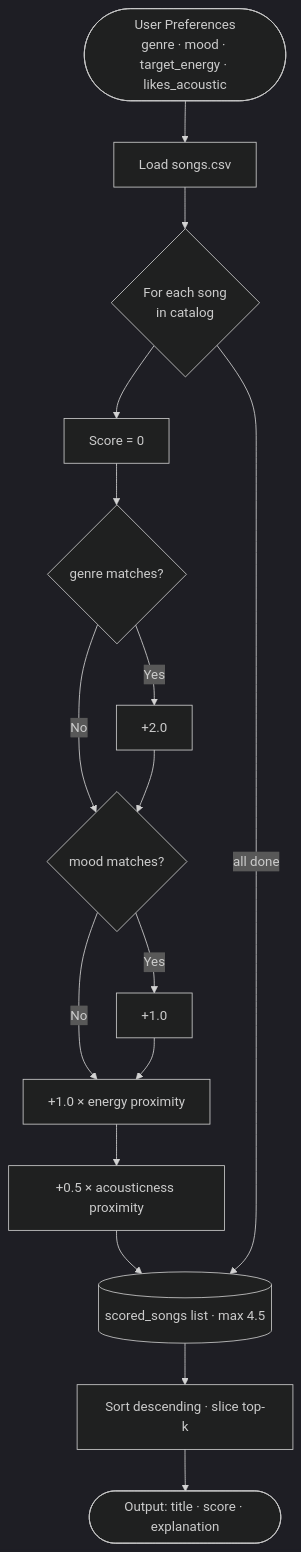
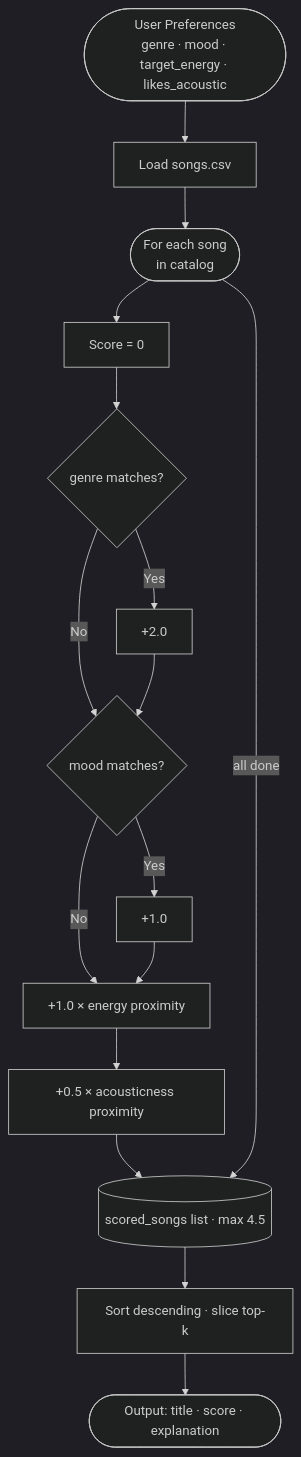
One commit to avnigirish/applied-ai-system-project changed the second of 2 diagrams in README.md. Above: the diagram before and after it, drawn with Mermaid (dark theme). The commit also changed other lines of this file and 10 other files, not shown here.

````diff
--- a/README.md
+++ b/README.md
@@ -90,19 +133,21 @@
 ```mermaid
 flowchart TD
-    A([User Preferences\ngenre · mood · target_energy · likes_acoustic]) --> B
+    A(["User Preferences
+genre · mood · target_energy · likes_acoustic"]) --> B
     B[Load songs.csv] --> C
-    C{For each song\nin catalog} --> D
+    C(["For each song
+in catalog"]) --> D
     D[Score = 0] --> E
     E{genre matches?}
     E -- Yes --> F[+2.0]
     E -- No  --> G
     F --> G{mood matches?}
     G -- Yes --> H[+1.0]
     G -- No  --> I
     H --> I[+1.0 × energy proximity]
     I --> J[+0.5 × acousticness proximity]
     J --> K[(scored_songs list · max 4.5)]
     C -- all done --> K
     K --> L[Sort descending · slice top-k]
     L --> M([Output: title · score · explanation])
 ```
````
